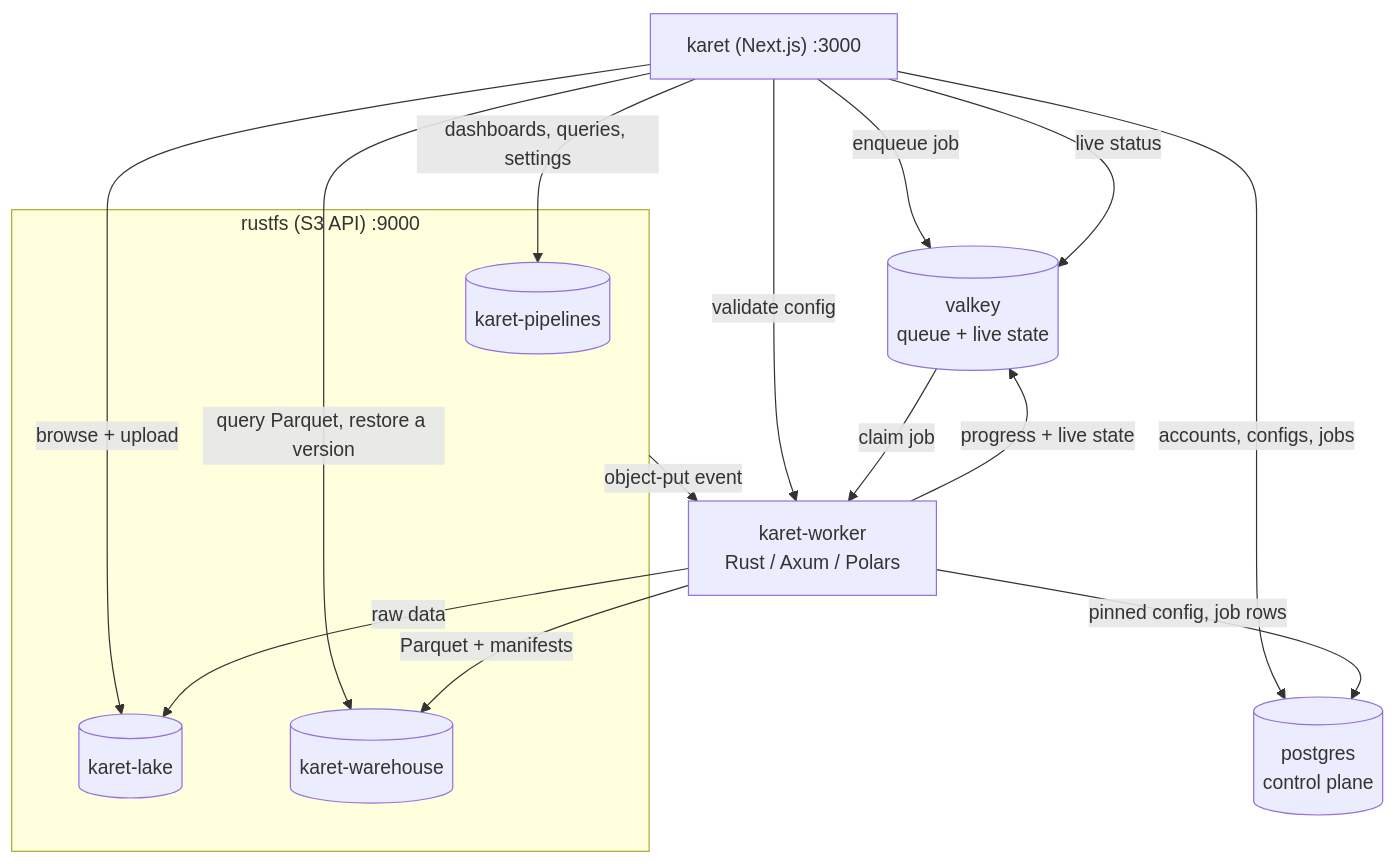
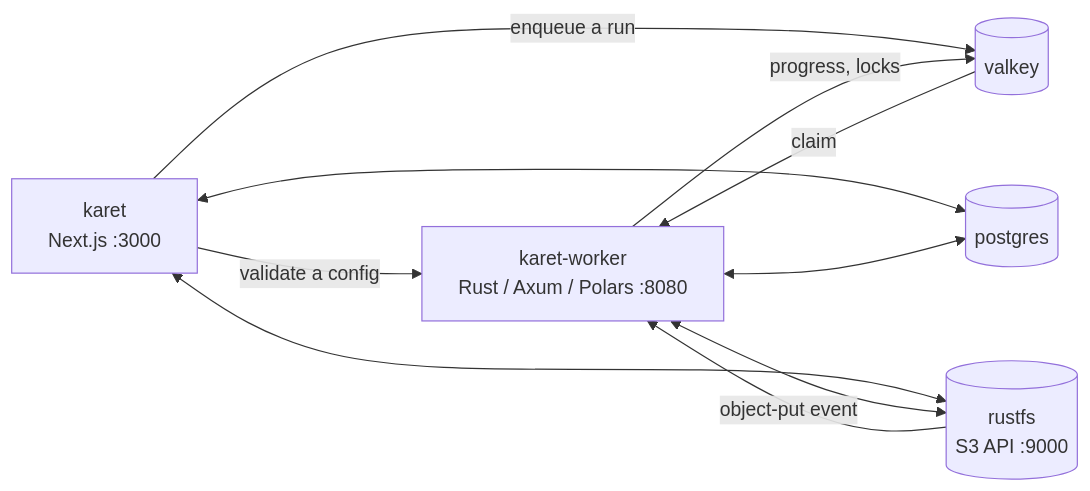
One commit to karet-org/karet-docs changed the diagram in guide/architecture.md. Above: the diagram before and after it, drawn with Mermaid. The commit also changed other lines of this file, not shown here.

Commit message:
One diagram for calls, one table for stores
Thirteen labelled edges across a subgraph had become unreadable, and it was
trying to answer two questions at once. The graph now shows only the services
and the calls between them: five labelled edges, and the store connections
unlabelled because a table says what each store holds and who writes it.

The table earns its place by making two things visible that arrows kept hiding.
Postgres is the only store where every table has one writer. The warehouse has
two publishers, the worker for a run and the web for a restore, and only the
worker takes the per-pipeline lock.

Rendered and measured: 644x288 instead of a full-page tangle, five edge labels,
none clipped.

````diff
--- a/guide/architecture.md
+++ b/guide/architecture.md
@@ -15,29 +18,20 @@
 ```mermaid
-%%{ init: { "flowchart": { "nodeSpacing": 45, "rankSpacing": 60, "wrappingWidth": 220 } } }%%
-flowchart TB
-  web["karet (Next.js) :3000"]
-  valkey[("valkey<br/>queue + live state")]
-  worker["karet-worker<br/>Rust / Axum / Polars"]
-  postgres[("postgres<br/>control plane")]
+%%{ init: { "flowchart": { "nodeSpacing": 60, "rankSpacing": 70 } } }%%
+flowchart LR
+  web["karet<br/>Next.js :3000"]
+  worker["karet-worker<br/>Rust / Axum / Polars :8080"]
+  valkey[("valkey")]
+  rustfs[("rustfs<br/>S3 API :9000")]
+  postgres[("postgres")]
 
-  subgraph s3["rustfs (S3 API) :9000"]
-    pipelines[("karet-pipelines")]
-    lake[("karet-lake")]
-    warehouse[("karet-warehouse")]
-  end
+  web -->|"validate a config"| worker
+  web -->|"enqueue a run"| valkey
+  valkey -->|"claim"| worker
+  worker -->|"progress, locks"| valkey
+  rustfs -->|"object-put event"| worker
 
-  web -->|"enqueue job"| valkey
-  web -->|"live status"| valkey
-  web -->|"validate config"| worker
-  web -->|"accounts, configs, jobs"| postgres
-  web -->|"dashboards, queries, settings"| pipelines
-  web -->|"browse + upload"| lake
-  web -->|"query Parquet, restore a version"| warehouse
-
-  valkey -->|"claim job"| worker
-  worker -->|"progress + live state"| valkey
-  worker -->|"pinned config, job rows"| postgres
-  worker -->|"raw data"| lake
-  worker -->|"Parquet + manifests"| warehouse
-  s3 -->|"object-put event"| worker
+  web <--> postgres
+  worker <--> postgres
+  web <--> rustfs
+  worker <--> rustfs
 ```
````
